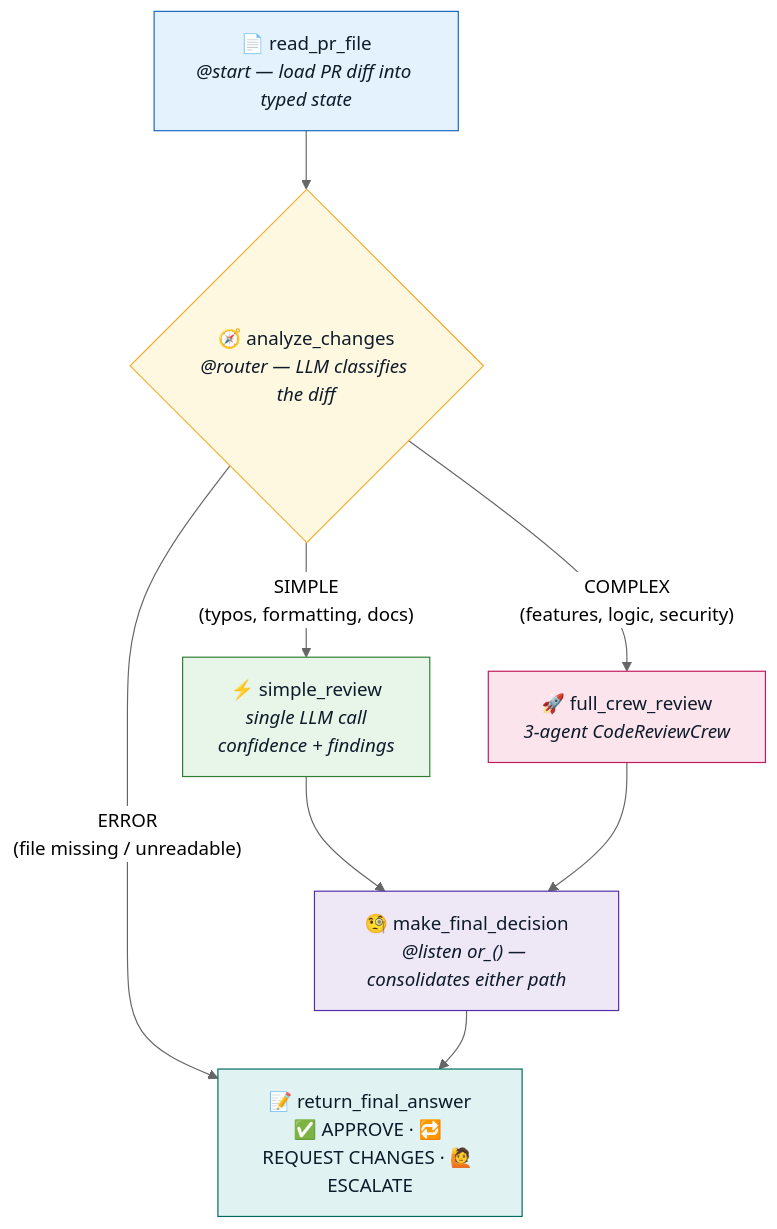
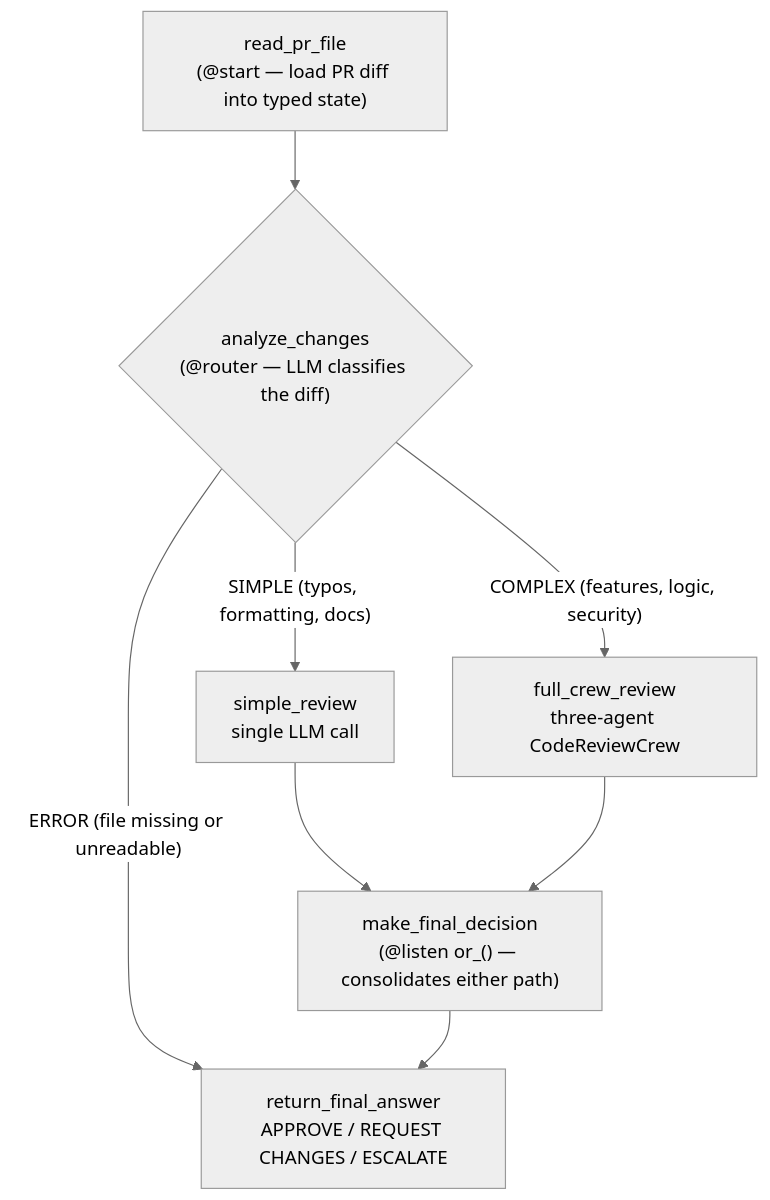
Before and after one commit to samruk-code/Design-Develop-and-Deploy-Multi-Agent-Systems-with-CrewAI: the first of 2 diagrams in README.md, drawn with Mermaid (neutral theme). The commit also changed other lines of this file, not shown here.

````diff
--- a/README.md
+++ b/README.md
@@ -19,17 +11,10 @@
 ```mermaid
 flowchart TD
-    A["📄 read_pr_file<br/><i>@start — load PR diff into typed state</i>"] --> B{"🧭 analyze_changes<br/><i>@router — LLM classifies the diff</i>"}
-    B -- "SIMPLE<br/>(typos, formatting, docs)" --> C["⚡ simple_review<br/><i>single LLM call<br/>confidence + findings</i>"]
-    B -- "COMPLEX<br/>(features, logic, security)" --> D["🚀 full_crew_review<br/><i>3-agent CodeReviewCrew</i>"]
-    B -- "ERROR<br/>(file missing / unreadable)" --> G
-    C --> F["🧐 make_final_decision<br/><i>@listen or_() — consolidates either path</i>"]
+    A["read_pr_file<br/>(@start — load PR diff into typed state)"] --> B{"analyze_changes<br/>(@router — LLM classifies the diff)"}
+    B -- "SIMPLE (typos, formatting, docs)" --> C["simple_review<br/>single LLM call"]
+    B -- "COMPLEX (features, logic, security)" --> D["full_crew_review<br/>three-agent CodeReviewCrew"]
+    B -- "ERROR (file missing or unreadable)" --> G
+    C --> F["make_final_decision<br/>(@listen or_() — consolidates either path)"]
     D --> F
-    F --> G["📝 return_final_answer<br/>✅ APPROVE · 🔁 REQUEST CHANGES · 🙋 ESCALATE"]
-
-    style A fill:#e3f2fd,stroke:#1565c0,color:#0d1b2a
-    style B fill:#fff8e1,stroke:#f9a825,color:#0d1b2a
-    style C fill:#e8f5e9,stroke:#2e7d32,color:#0d1b2a
-    style D fill:#fce4ec,stroke:#c2185b,color:#0d1b2a
-    style F fill:#ede7f6,stroke:#512da8,color:#0d1b2a
-    style G fill:#e0f2f1,stroke:#00695c,color:#0d1b2a
+    F --> G["return_final_answer<br/>APPROVE / REQUEST CHANGES / ESCALATE"]
 ```
````
